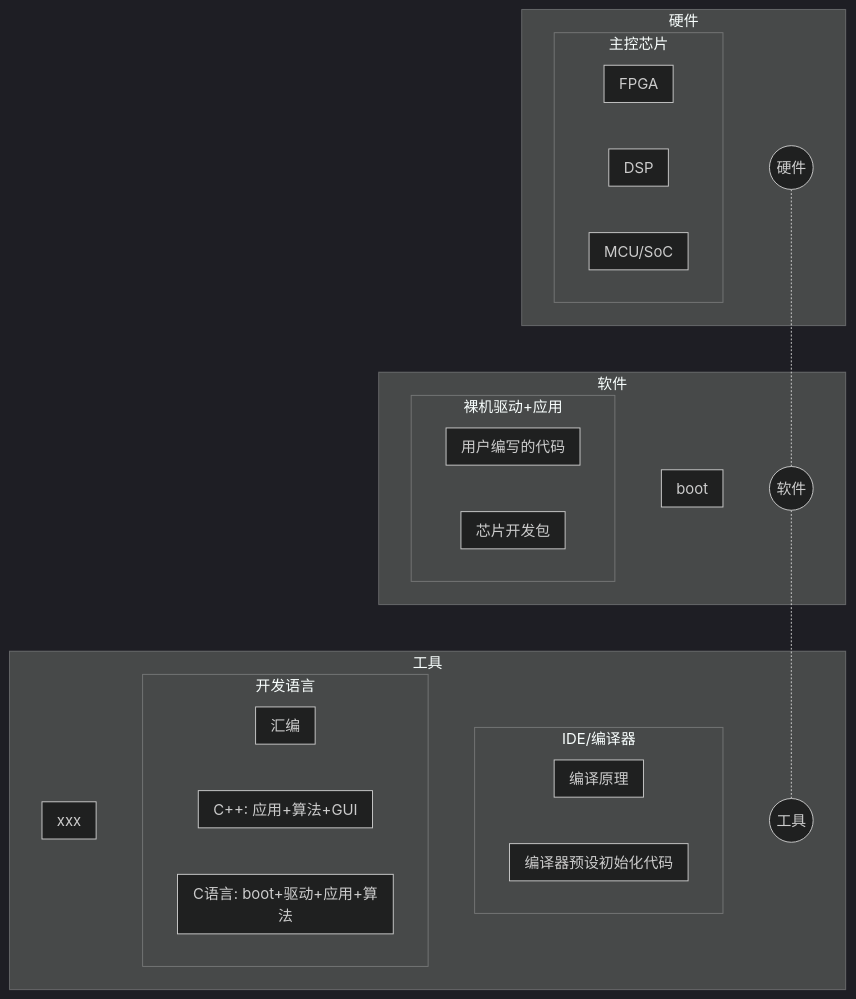
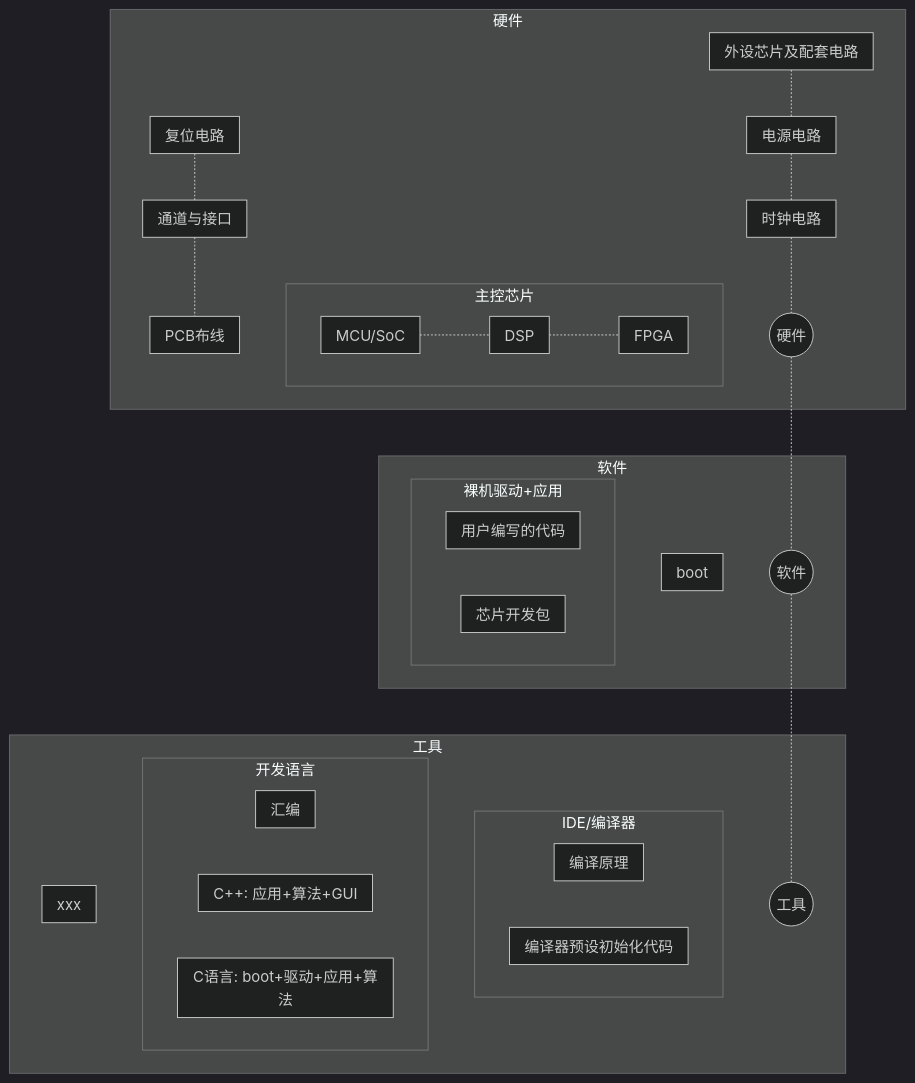
One commit to xuan07472/embedded-knowledge-wiki changed the diagram in readme.md. Above: the diagram before and after it, drawn with Mermaid (dark theme). The commit also changed other lines of this file, not shown here.

Commit message:
[MODIFY] 修改嵌入式框图 (2)

````diff
--- a/readme.md
+++ b/readme.md
@@ -19,7 +26,6 @@
 ```mermaid
 graph TB
 subgraph 硬件
-	A((硬件))
     subgraph 主控芯片
         subgraph MCU/SoC
         end
@@ -29,14 +35,44 @@
 
         subgraph FPGA
         end
+        
+        MCU/SoC -.- DSP -.- FPGA
     end
+    
+    subgraph 外设芯片及配套电路
+    end
+    
+    subgraph 电源电路
+    end
+    
+    subgraph 时钟电路
+    end
+    
+    外设芯片及配套电路 -.- 电源电路 -.- 时钟电路
+        
+    subgraph 复位电路
+    end
+    
+    subgraph 通道与接口
+    
+    end
+    
+    subgraph PCB布线
+    end
+
+	复位电路 -.- 通道与接口 -.- PCB布线
+
+    A((硬件))
+    
+    时钟电路 -.- A
 end
 
 subgraph 软件
-	B((软件))
     subgraph boot
     end
-
+    
+	B((软件))
+	
     subgraph 裸机驱动+应用
         subgraph 芯片开发包
         end
@@ -73,6 +109,6 @@
 
 end
 
-A((硬件))-.-B((软件))-.-C((工具))
+A((硬件)) -.- B((软件)) -.- C((工具))
 
 ```
````
